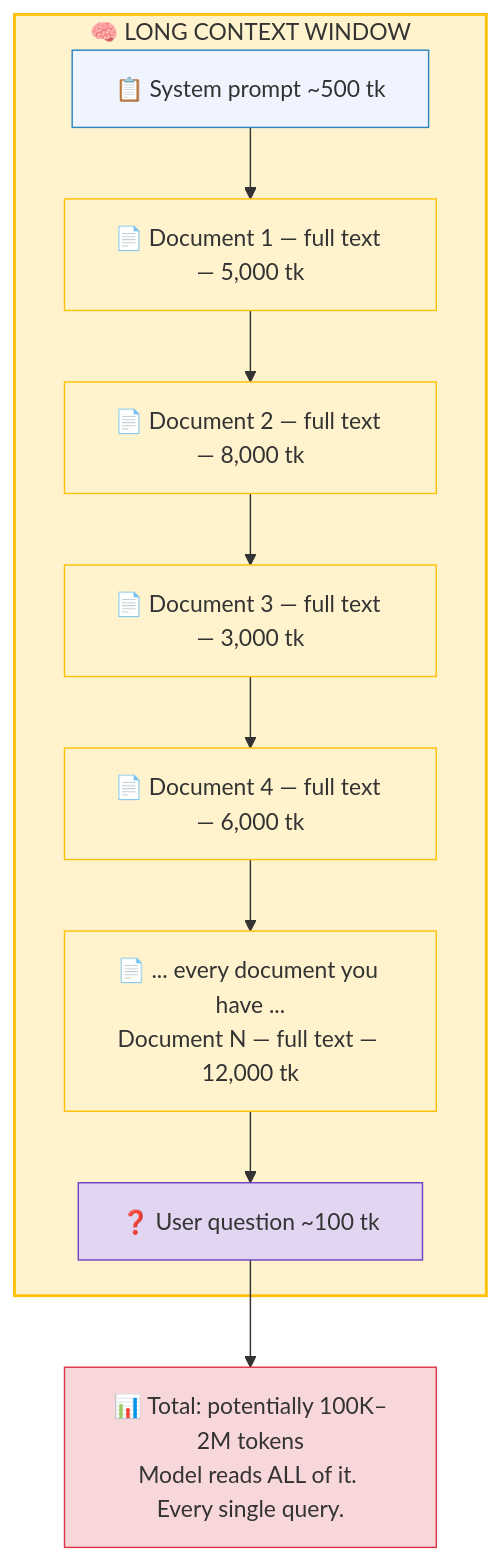
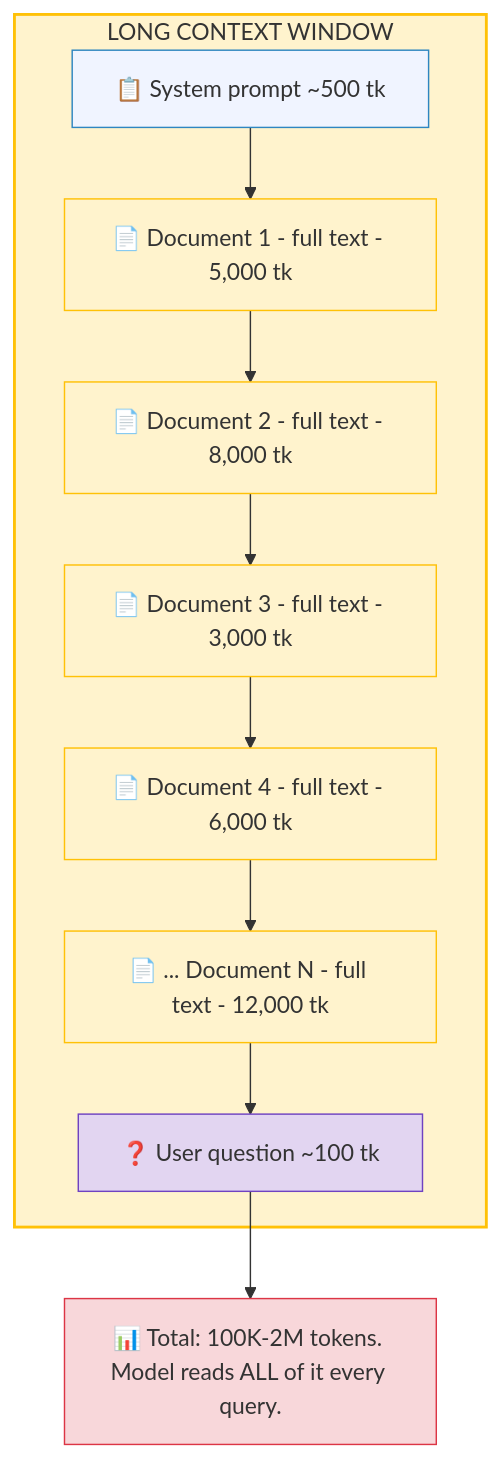
One commit to ithinktavo/GenAI-Engineering-Handbook changed the first of 5 diagrams in docs/05-rag-vs-long-context.md. Above: the diagram before and after it, drawn with Mermaid. The commit also changed other lines of this file and 9 other files, not shown here.

First line of the commit message:
Fix Mermaid rendering: remove emoji from subgraph titles and unsupported syntax

````diff
--- a/docs/05-rag-vs-long-context.md
+++ b/docs/05-rag-vs-long-context.md
@@ -23,27 +23,27 @@
 ```mermaid
 graph TD
-    subgraph LC["🧠 LONG CONTEXT WINDOW"]
+    subgraph LC["LONG CONTEXT WINDOW"]
         S["📋 System prompt ~500 tk"]
-        D1["📄 Document 1 — full text — 5,000 tk"]
-        D2["📄 Document 2 — full text — 8,000 tk"]
-        D3["📄 Document 3 — full text — 3,000 tk"]
-        D4["📄 Document 4 — full text — 6,000 tk"]
-        DN["📄 ... every document you have ...\nDocument N — full text — 12,000 tk"]
+        D1["📄 Document 1 - full text - 5,000 tk"]
+        D2["📄 Document 2 - full text - 8,000 tk"]
+        D3["📄 Document 3 - full text - 3,000 tk"]
+        D4["📄 Document 4 - full text - 6,000 tk"]
+        DN["📄 ... Document N - full text - 12,000 tk"]
         UQ["❓ User question ~100 tk"]
 
         S --> D1 --> D2 --> D3 --> D4 --> DN --> UQ
     end
 
-    T["📊 Total: potentially 100K–2M tokens\nModel reads ALL of it. Every single query."]
+    T["📊 Total: 100K-2M tokens. Model reads ALL of it every query."]
     UQ --> T
 
     style LC fill:#fff3cd,stroke:#ffc107,stroke-width:2px
     style S fill:#f0f4ff,stroke:#2E86C1
     style D1 fill:#fff3cd,stroke:#ffc107
     style D2 fill:#fff3cd,stroke:#ffc107
     style D3 fill:#fff3cd,stroke:#ffc107
     style D4 fill:#fff3cd,stroke:#ffc107
     style DN fill:#fff3cd,stroke:#ffc107
     style UQ fill:#e2d5f1,stroke:#6f42c1
     style T fill:#f8d7da,stroke:#dc3545
 ```
````
